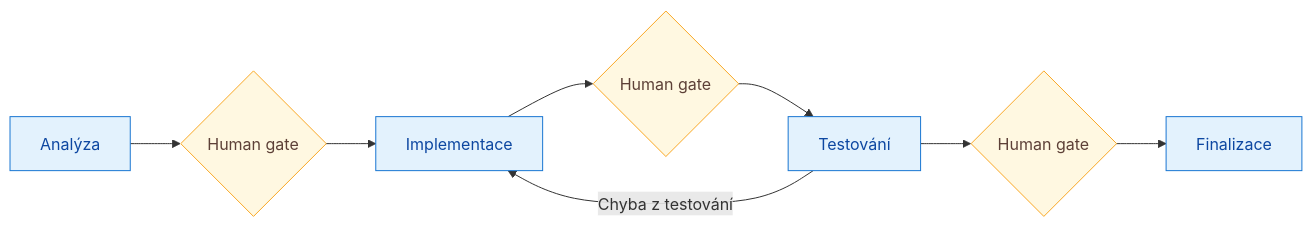
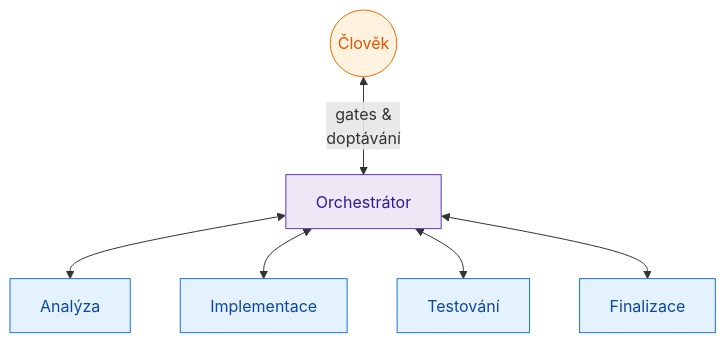
One commit to maylow22/ai-driven-changes changed the first of 3 diagrams in README.md. Above: the diagram before and after it, drawn with Mermaid. The commit also changed other lines of this file, not shown here.

````diff
--- a/README.md
+++ b/README.md
@@ -20,11 +32,19 @@
 ```mermaid
-flowchart LR
-    A[Analýza]:::phase --> G1{Human gate}:::gate
-    G1 --> I[Implementace]:::phase --> G2{Human gate}:::gate
-    G2 --> T[Testování]:::phase --> G3{Human gate}:::gate
-    G3 --> F[Finalizace]:::phase
-    T --->|Chyba z testování| I
+flowchart TB
+    H((Člověk)):::human
+    O[Orchestrátor]:::orch
+    A[Analýza]:::phase
+    I[Implementace]:::phase
+    T[Testování]:::phase
+    F[Finalizace]:::phase
+
+    H <-->|gates &<br/>doptávání| O
+    O <--> A
+    O <--> I
+    O <--> T
+    O <--> F
 
     classDef phase fill:#e3f2fd,stroke:#1976d2,color:#0d47a1;
-    classDef gate fill:#fff8e1,stroke:#f9a825,color:#5d4037;
+    classDef orch fill:#ede7f6,stroke:#5e35b1,color:#311b92;
+    classDef human fill:#fff3e0,stroke:#ef6c00,color:#e65100;
 ```
````
